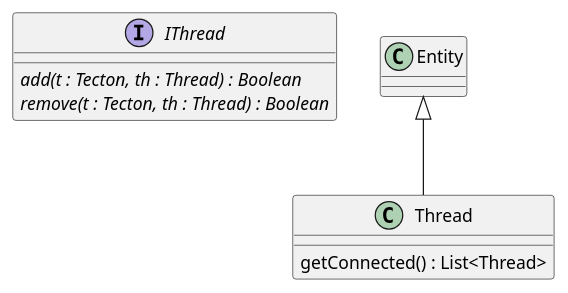
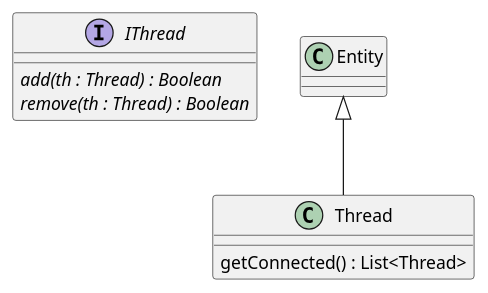
One commit to Petya-G/fungorium changed the diagram in 5/classes/mushroom/thread.puml. Above: the diagram before and after it, drawn with PlantUML. The commit also changed 2 other files, not shown here.

```diff
--- a/5/classes/mushroom/thread.puml
+++ b/5/classes/mushroom/thread.puml
@@ -1,12 +1,12 @@
 @startuml thread
 
 interface IThread{
-    {abstract} add(t : Tecton, th : Thread) : Boolean
-    {abstract} remove(t : Tecton, th : Thread) : Boolean
+    {abstract} add(th : Thread) : Boolean
+    {abstract} remove(th : Thread) : Boolean
 }
 
 class Thread extends Entity{
     getConnected() : List<Thread>
 }
 
 @enduml
```
